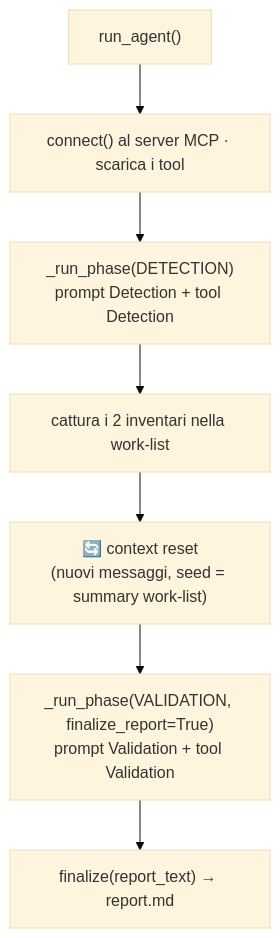
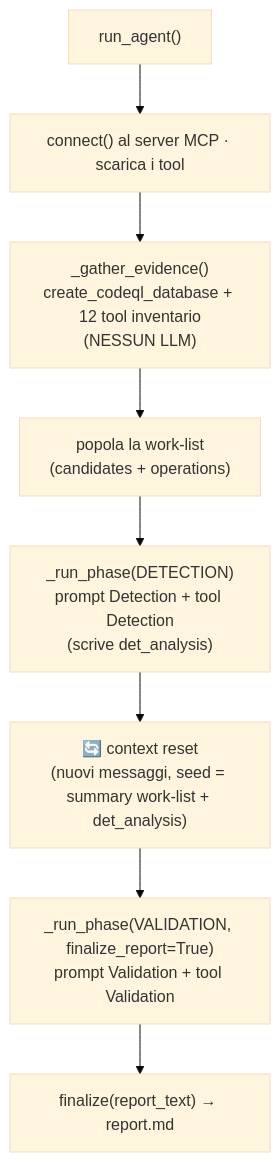
The sixth of 11 diagrams in documentazione/agent.md (iris-cmd22/Sibyl), drawn with Mermaid (base theme) before and after one commit. The commit also changed other lines of this file and 49 other files, not shown here.

````diff
--- a/documentazione/agent.md
+++ b/documentazione/agent.md
@@ -260,9 +285,10 @@
 ```mermaid
 flowchart TB
     START["run_agent()"] --> CONN["connect() al server MCP · scarica i tool"]
-    CONN --> P1["_run_phase(DETECTION)<br/>prompt Detection + tool Detection"]
-    P1 --> CAP1["cattura i 2 inventari nella work-list"]
-    CAP1 --> RESET["🔄 context reset<br/>(nuovi messaggi, seed = summary work-list)"]
+    CONN --> GA["_gather_evidence()<br/>create_codeql_database + 12 tool inventario<br/>(NESSUN LLM)"]
+    GA --> CAP["popola la work-list<br/>(candidates + operations)"]
+    CAP --> P1["_run_phase(DETECTION)<br/>prompt Detection + tool Detection<br/>(scrive det_analysis)"]
+    P1 --> RESET["🔄 context reset<br/>(nuovi messaggi, seed = summary work-list + det_analysis)"]
     RESET --> P2["_run_phase(VALIDATION, finalize_report=True)<br/>prompt Validation + tool Validation"]
     P2 --> FIN["finalize(report_text) → report.md"]
 ```
````
